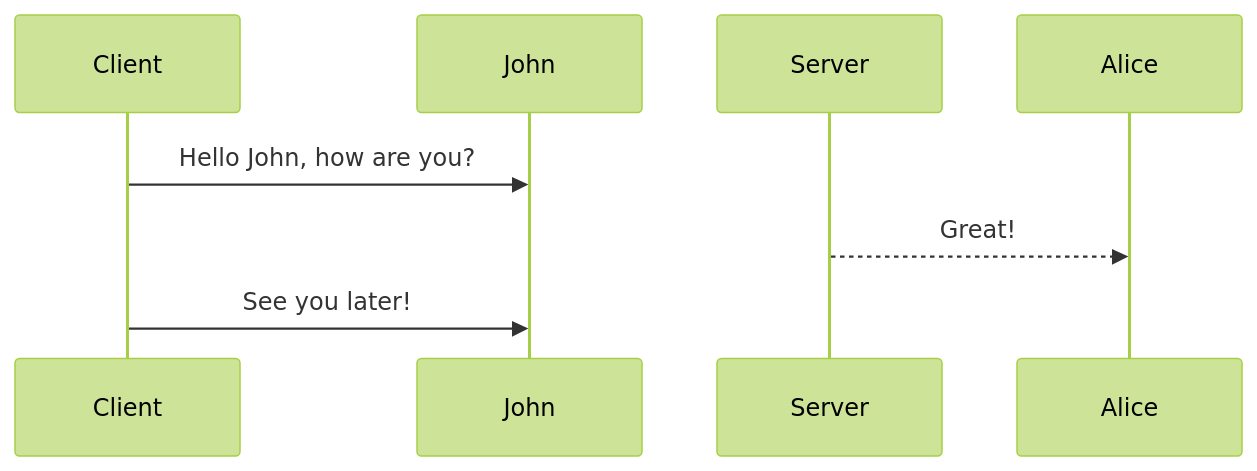
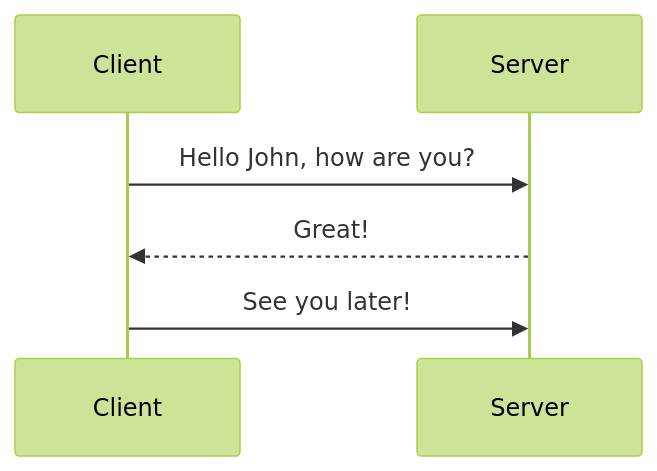
One commit to Mr-Machine98/final-project changed the diagram in README.md. Above: the diagram before and after it, drawn with Mermaid (forest theme).

````diff
--- a/README.md
+++ b/README.md
@@ -24,6 +24,6 @@
  ```mermaid
   sequenceDiagram
-      Client->>John: Hello John, how are you?
-      Server-->>Alice: Great!
-      Client->>John: See you later!
+      Client->>Server: Hello John, how are you?
+      Server-->>Client: Great!
+      Client->>Server: See you later!
   ```
````
